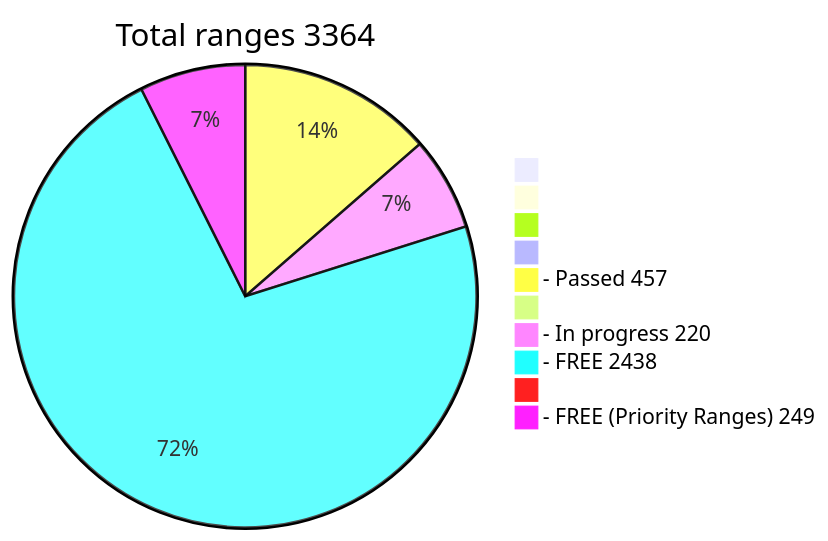
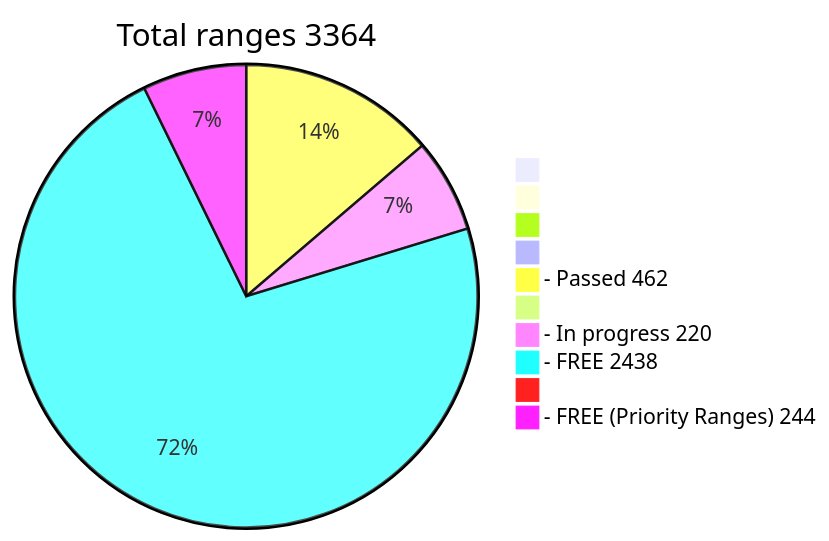
Before and after one commit to phrutis/wif500: the diagram in README.md, drawn with Mermaid.

````diff
--- a/README.md
+++ b/README.md
@@ -16,13 +16,13 @@
 ```mermaid
 pie title Total ranges 3364
              " " : 0
             "  " : 0
            "   " : 0
           "    " : 0
-  "- Passed 457" : 457
+  "- Passed 462" : 462
          "     " : 0
   "- In progress 220" : 220
    "- FREE 2438" : 2438
         "      " : 0
-  "- FREE (Priority Ranges) 249" : 249
+  "- FREE (Priority Ranges) 244" : 244
 ```
````
